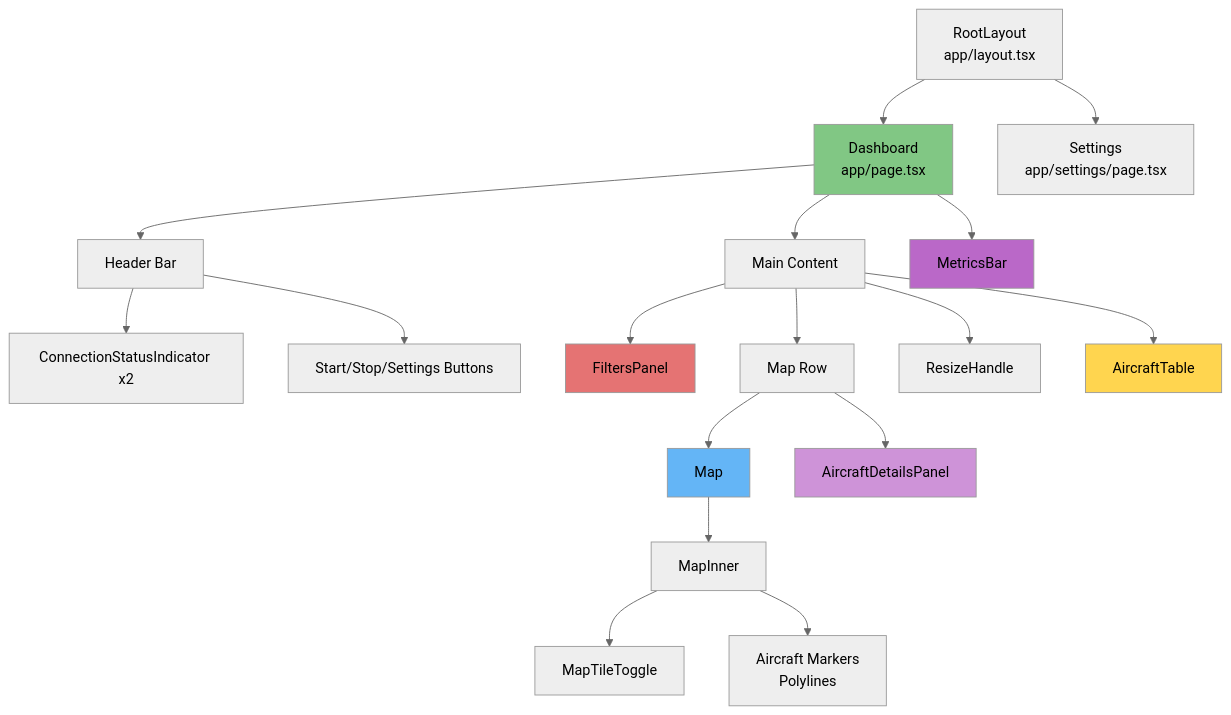
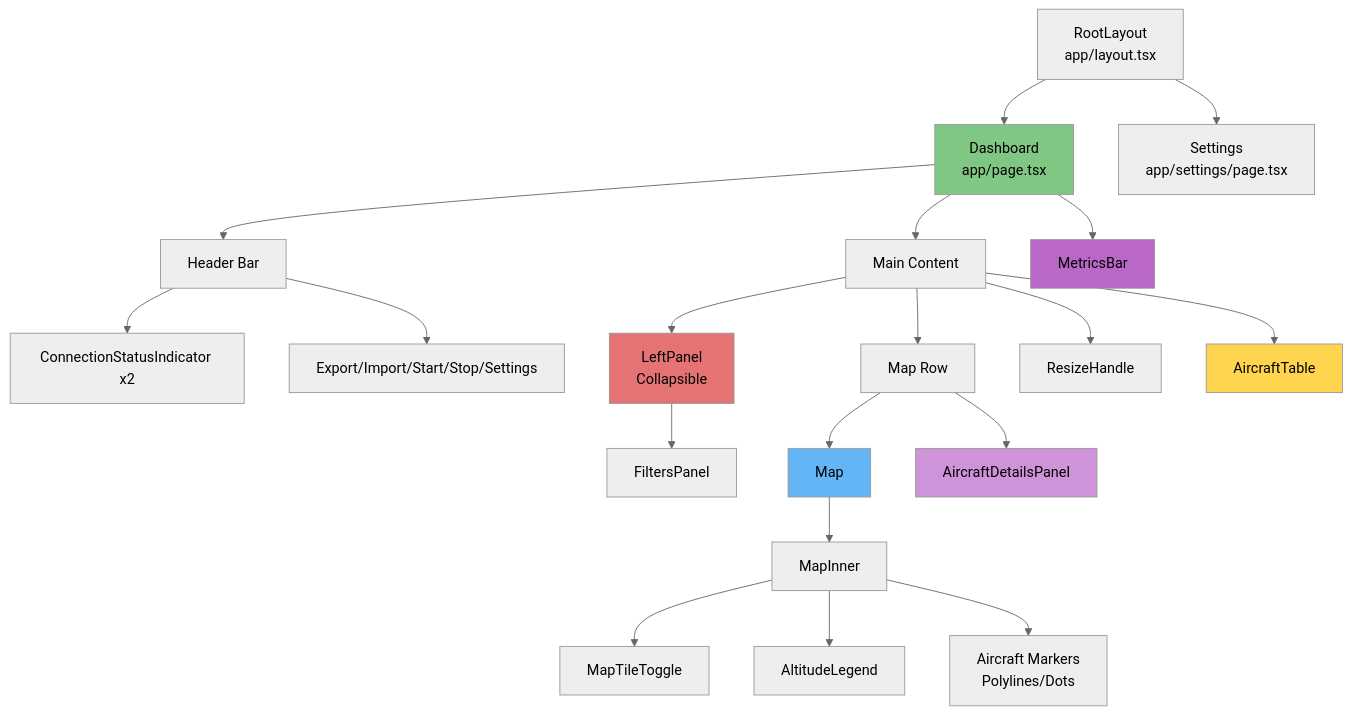
One commit to bnassivet/adsb-feed changed the third of 10 diagrams in rust/adsb-pulsar-client-desktop/docs/DESIGN.md. Above: the diagram before and after it, drawn with Mermaid (neutral theme). The commit also changed other lines of this file and 8 other files, not shown here.

````diff
--- a/rust/adsb-pulsar-client-desktop/docs/DESIGN.md
+++ b/rust/adsb-pulsar-client-desktop/docs/DESIGN.md
@@ -193,31 +202,33 @@
 ```mermaid
 graph TD
     Root[RootLayout<br/>app/layout.tsx] --> Dashboard[Dashboard<br/>app/page.tsx]
     Root --> Settings[Settings<br/>app/settings/page.tsx]
 
     Dashboard --> Header[Header Bar]
     Dashboard --> MainContent[Main Content]
     Dashboard --> Footer[MetricsBar]
 
     Header --> StatusIndicators[ConnectionStatusIndicator x2]
-    Header --> Controls[Start/Stop/Settings Buttons]
+    Header --> Controls[Export/Import/Start/Stop/Settings]
 
-    MainContent --> Sidebar[FiltersPanel]
+    MainContent --> LeftPanel[LeftPanel<br/>Collapsible]
+    LeftPanel --> FiltersPanel[FiltersPanel]
     MainContent --> MapRow[Map Row]
     MainContent --> ResizeHandle
     MainContent --> Table[AircraftTable]
 
     MapRow --> Map[Map]
     MapRow --> DetailsPanel[AircraftDetailsPanel]
 
     Map --> MapInner[MapInner]
     MapInner --> MapTileToggle
-    MapInner --> LeafletMarkers[Aircraft Markers<br/>Polylines]
+    MapInner --> AltitudeLegend
+    MapInner --> LeafletMarkers[Aircraft Markers<br/>Polylines/Dots]
 
     style Dashboard fill:#81C784
     style Map fill:#64B5F6
     style Table fill:#FFD54F
-    style Sidebar fill:#E57373
+    style LeftPanel fill:#E57373
     style Footer fill:#BA68C8
     style DetailsPanel fill:#CE93D8
 ```
````
